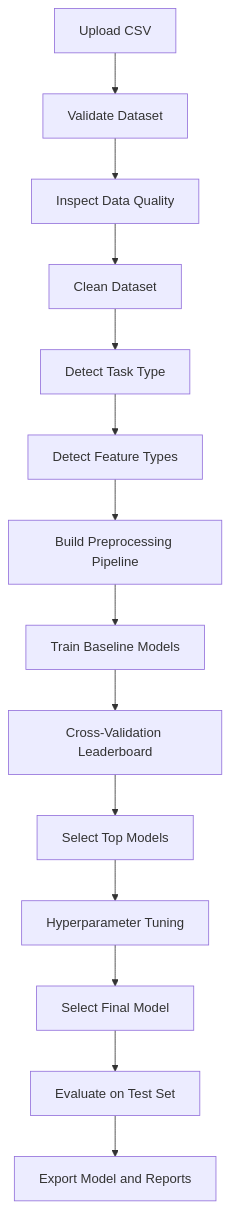
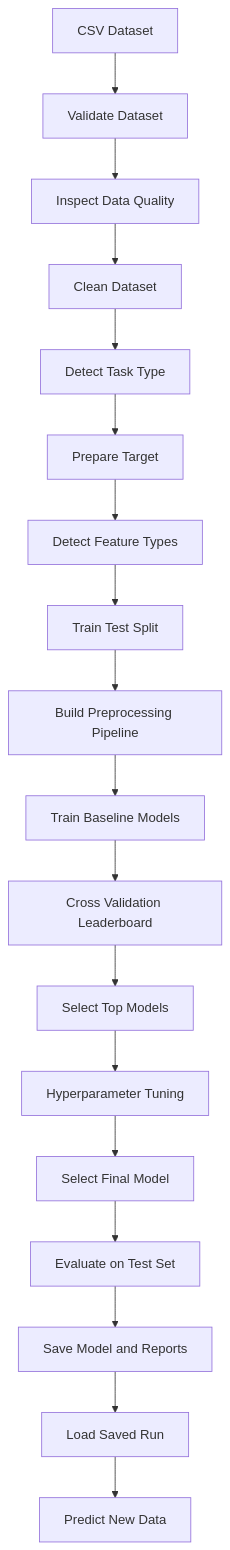
One commit to Kanishq2324/Auto-ML-Saas changed the first of 2 diagrams in README.md. Above: the diagram before and after it, drawn with Mermaid. The commit also changed other lines of this file and 3 other files, not shown here.

````diff
--- a/README.md
+++ b/README.md
@@ -69,16 +78,20 @@
 ```mermaid
 flowchart TD
-    A[Upload CSV] --> B[Validate Dataset]
+    A[CSV Dataset] --> B[Validate Dataset]
     B --> C[Inspect Data Quality]
     C --> D[Clean Dataset]
     D --> E[Detect Task Type]
-    E --> F[Detect Feature Types]
-    F --> G[Build Preprocessing Pipeline]
-    G --> H[Train Baseline Models]
-    H --> I[Cross-Validation Leaderboard]
-    I --> J[Select Top Models]
-    J --> K[Hyperparameter Tuning]
-    K --> L[Select Final Model]
-    L --> M[Evaluate on Test Set]
-    M --> N[Export Model and Reports]
+    E --> F[Prepare Target]
+    F --> G[Detect Feature Types]
+    G --> H[Train Test Split]
+    H --> I[Build Preprocessing Pipeline]
+    I --> J[Train Baseline Models]
+    J --> K[Cross Validation Leaderboard]
+    K --> L[Select Top Models]
+    L --> M[Hyperparameter Tuning]
+    M --> N[Select Final Model]
+    N --> O[Evaluate on Test Set]
+    O --> P[Save Model and Reports]
+    P --> Q[Load Saved Run]
+    Q --> R[Predict New Data]
 ```
````
